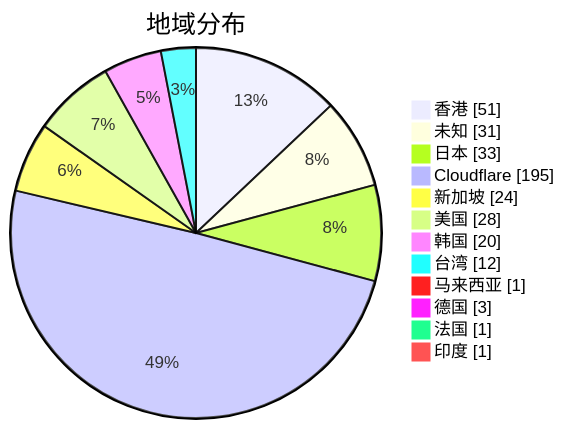
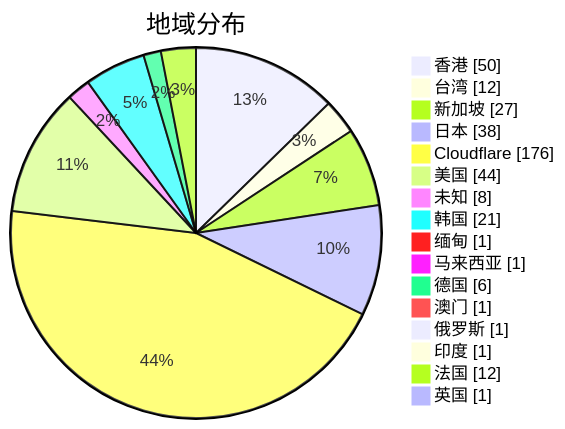
One commit to qjlxg/airport changed the second of 3 diagrams in subs/statistics/tested_within.md. Above: the diagram before and after it, drawn with Mermaid. The commit also changed other lines of this file and 2 other files, not shown here.

````diff
--- a/subs/statistics/tested_within.md
+++ b/subs/statistics/tested_within.md
@@ -14,16 +13,20 @@
 ```mermaid
 pie showData
 title 地域分布
-"香港" : 51
-"未知" : 31
-"日本" : 33
-"Cloudflare" : 195
-"新加坡" : 24
-"美国" : 28
-"韩国" : 20
+"香港" : 50
 "台湾" : 12
+"新加坡" : 27
+"日本" : 38
+"Cloudflare" : 176
+"美国" : 44
+"未知" : 8
+"韩国" : 21
+"缅甸" : 1
 "马来西亚" : 1
-"德国" : 3
-"法国" : 1
+"德国" : 6
+"澳门" : 1
+"俄罗斯" : 1
 "印度" : 1
+"法国" : 12
+"英国" : 1
 ```
````
